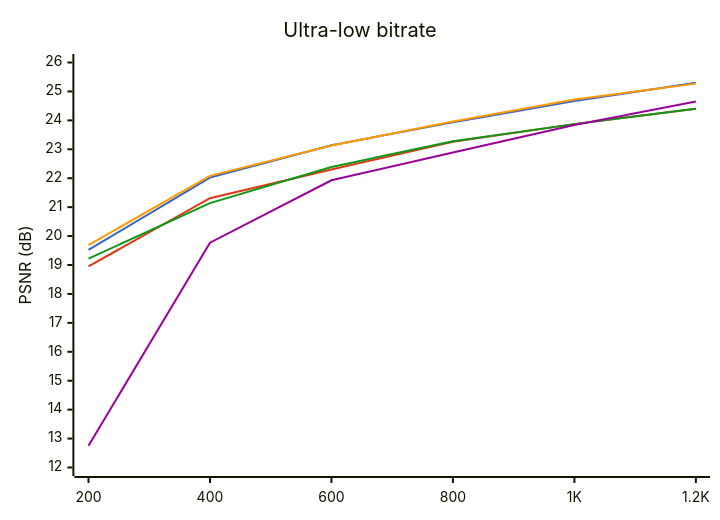
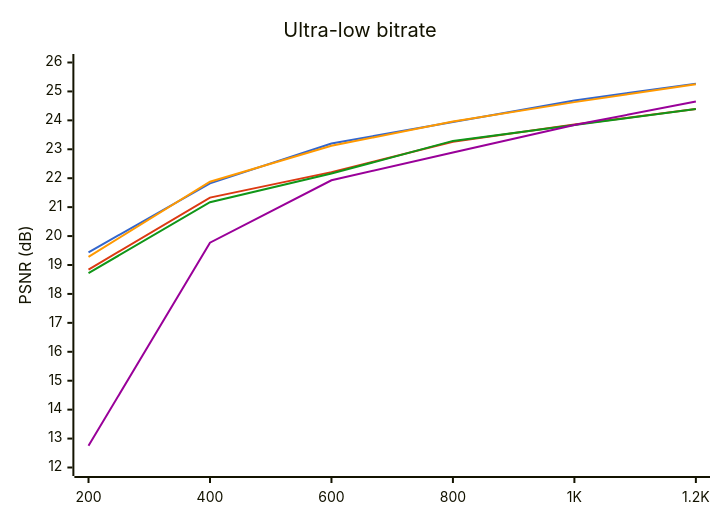
Before and after one commit to lieff/miniwtpc: the first of 2 diagrams in results.md, drawn with Mermaid. The commit also changed other lines of this file and 33 other files, not shown here.

````diff
--- a/results.md
+++ b/results.md
@@ -12,12 +12,12 @@
 ```mermaid
 %%{init: {"themeVariables": {"xyChart": {"plotColorPalette": "#3366cc, #dc3912, #ff9900, #109618, #990099"}}}}%%
 xychart-beta
     title "Ultra-low bitrate"
     y-axis "PSNR (dB)" 12 --> 26
     x-axis ["200", "400", "600", "800", "1K", "1.2K"]
-    line "WTPC EBC" [19.52, 22.02, 23.14, 23.93, 24.67, 25.30]
-    line "WTPC Huff" [18.95, 21.31, 22.30, 23.26, 23.87, 24.40]
-    line "W420 EBC" [19.69, 22.08, 23.13, 23.96, 24.72, 25.27]
-    line "W420 Huff" [19.22, 21.14, 22.39, 23.28, 23.87, 24.40]
+    line "WTPC EBC" [19.44, 21.82, 23.20, 23.94, 24.69, 25.27]
+    line "WTPC Huff" [18.84, 21.33, 22.21, 23.26, 23.86, 24.39]
+    line "W420 EBC" [19.28, 21.88, 23.12, 23.96, 24.63, 25.25]
+    line "W420 Huff" [18.72, 21.17, 22.16, 23.29, 23.84, 24.39]
     line "JPEG2000" [12.75, 19.77, 21.93, 22.89, 23.84, 24.65]
 ```
````
